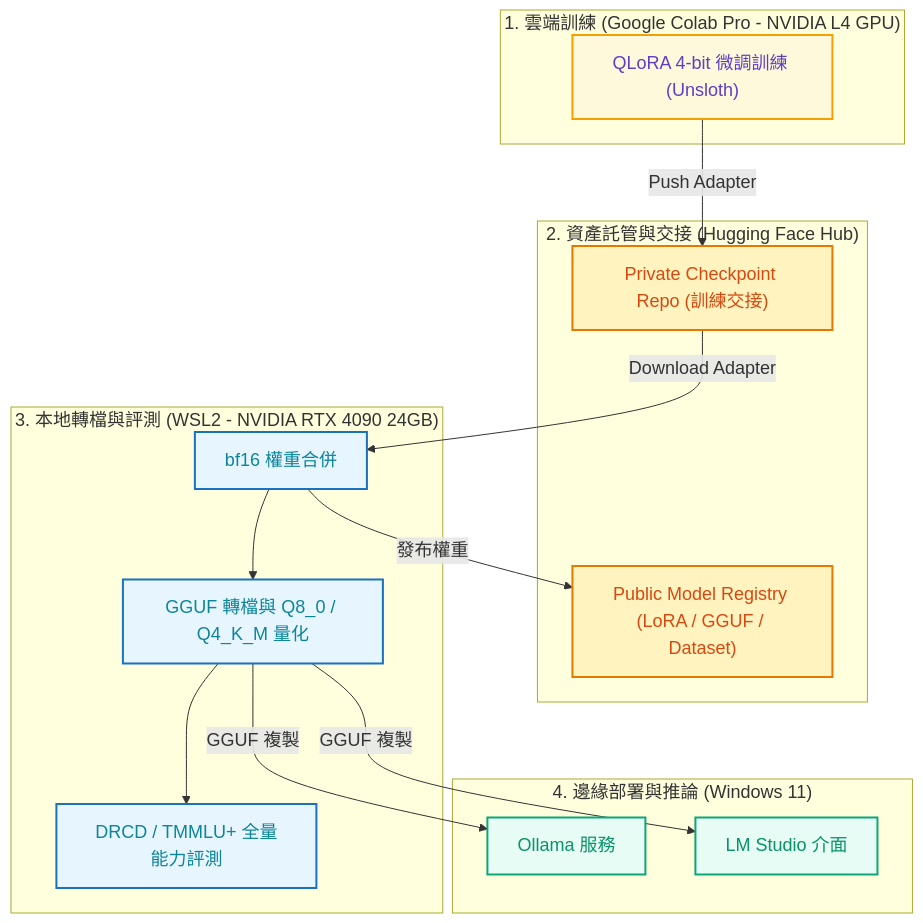
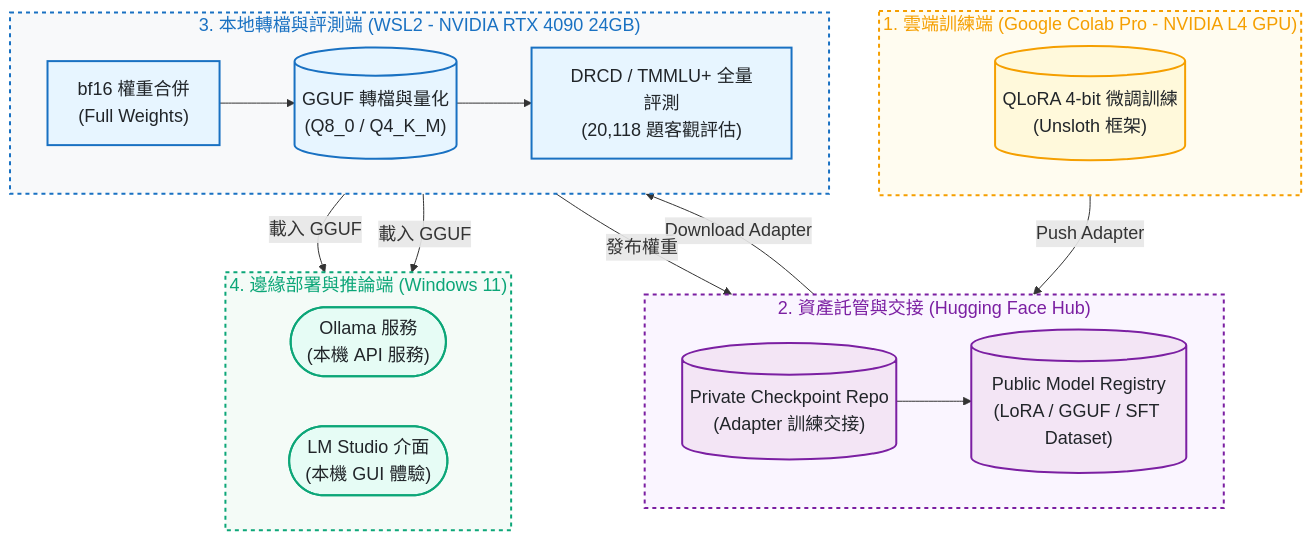
One commit to kuotunyu/local-llm-lifecycle changed the second of 2 diagrams in README.md. Above: the diagram before and after it, drawn with Mermaid. The commit also changed other lines of this file and 1 other file, not shown here.

Commit message:
docs: overhaul README with 20px card container flowcharts and clean typography

````diff
--- a/README.md
+++ b/README.md
@@ -57,37 +71,43 @@
 ```mermaid
 %%{init: {'themeVariables': {'fontSize': '18px'}}}%%
 flowchart TD
-    subgraph S1 ["1. 雲端訓練 (Google Colab Pro - NVIDIA L4 GPU)"]
-        T["QLoRA 4-bit 微調訓練 (Unsloth)"]
+    subgraph S1 ["1. 雲端訓練端 (Google Colab Pro - NVIDIA L4 GPU)"]
+        direction LR
+        T[("QLoRA 4-bit 微調訓練<br/>(Unsloth 框架)")]
     end
 
     subgraph S2 ["2. 資產託管與交接 (Hugging Face Hub)"]
-        CKPT["Private Checkpoint Repo (訓練交接)"]
-        PUB["Public Model Registry (LoRA / GGUF / Dataset)"]
+        direction LR
+        CKPT[("Private Checkpoint Repo<br/>(Adapter 訓練交接)")] --> PUB[("Public Model Registry<br/>(LoRA / GGUF / SFT Dataset)")]
     end
 
-    subgraph S3 ["3. 本地轉檔與評測 (WSL2 - NVIDIA RTX 4090 24GB)"]
-        M["bf16 權重合併"] --> Q["GGUF 轉檔與 Q8_0 / Q4_K_M 量化"] --> E["DRCD / TMMLU+ 全量能力評測"]
+    subgraph S3 ["3. 本地轉檔與評測端 (WSL2 - NVIDIA RTX 4090 24GB)"]
+        direction LR
+        M["bf16 權重合併<br/>(Full Weights)"] --> Q[("GGUF 轉檔與量化<br/>(Q8_0 / Q4_K_M)")] --> E["DRCD / TMMLU+ 全量評測<br/>(20,118 題客觀評估)"]
     end
 
-    subgraph S4 ["4. 邊緣部署與推論 (Windows 11)"]
-        O["Ollama 服務"]
-        L["LM Studio 介面"]
+    subgraph S4 ["4. 邊緣部署與推論端 (Windows 11)"]
+        direction LR
+        O(["Ollama 服務<br/>(本機 API 服務)"]) & L(["LM Studio 介面<br/>(本機 GUI 體驗)"])
     end
 
     T -->|"Push Adapter"| CKPT
     CKPT -->|"Download Adapter"| M
-    Q -->|"GGUF 複製"| O
-    Q -->|"GGUF 複製"| L
+    Q -->|"載入 GGUF"| O & L
     M -->|"發布權重"| PUB
 
-    classDef s1Style fill:#fff9db,stroke:#f59f00,stroke-width:2px,color:#5f3dc4
-    classDef s2Style fill:#fff3bf,stroke:#e67700,stroke-width:2px,color:#d9480f
-    classDef s3Style fill:#e7f5ff,stroke:#1971c2,stroke-width:2px,color:#0c8599
-    classDef s4Style fill:#e6fcf5,stroke:#0ca678,stroke-width:2px,color:#099268
+    classDef s1Style fill:#fff9db,stroke:#f59f00,stroke-width:2px,color:#212529
+    classDef s2Style fill:#f3e5f5,stroke:#7b1fa2,stroke-width:2px,color:#212529
+    classDef s3Style fill:#e7f5ff,stroke:#1971c2,stroke-width:2px,color:#212529
+    classDef s4Style fill:#e6fcf5,stroke:#0ca678,stroke-width:2px,color:#212529
 
     class T s1Style
     class CKPT,PUB s2Style
     class M,Q,E s3Style
     class O,L s4Style
+
+    style S1 fill:#fffcf0,stroke:#f59f00,stroke-width:2px,color:#f59f00,stroke-dasharray: 4 4
+    style S2 fill:#faf5ff,stroke:#7b1fa2,stroke-width:2px,color:#7b1fa2,stroke-dasharray: 4 4
+    style S3 fill:#f8f9fa,stroke:#1971c2,stroke-width:2px,color:#1971c2,stroke-dasharray: 4 4
+    style S4 fill:#f4fbf7,stroke:#0ca678,stroke-width:2px,color:#0ca678,stroke-dasharray: 4 4
 ```
````
